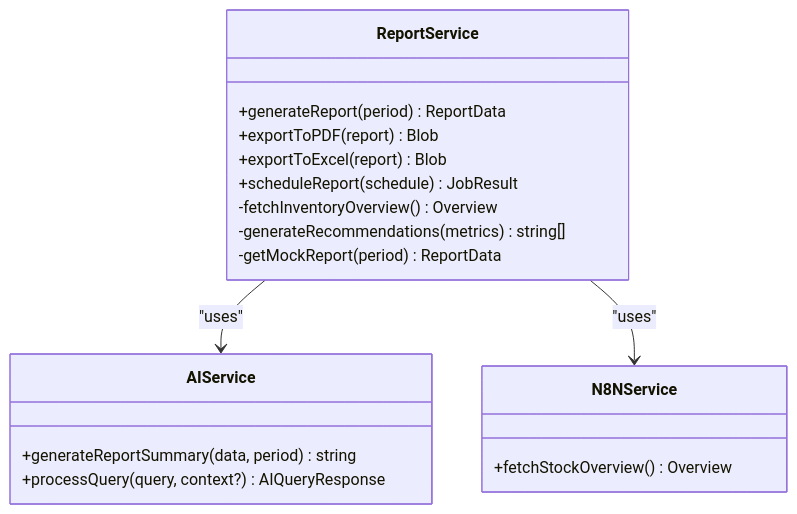
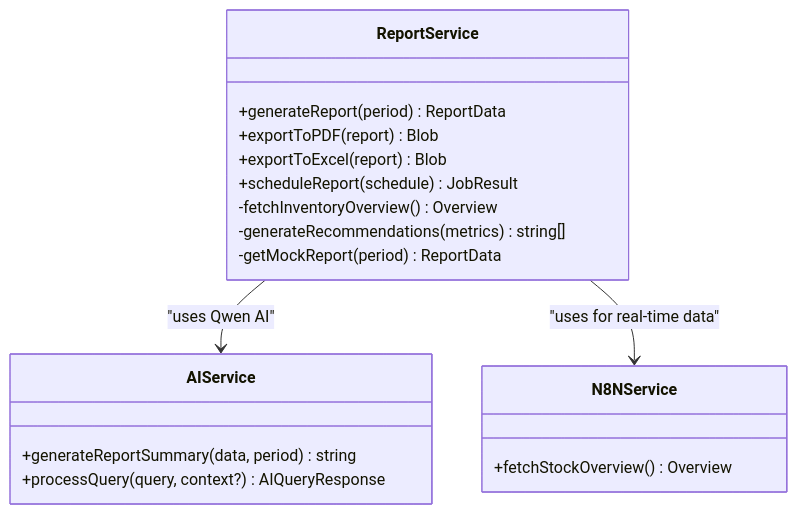
One commit to cacamarica/dashboard-ai changed the fifth of 9 diagrams in .qoder/repowiki/en/content/Core Features/Reports and Analytics.md. Above: the diagram before and after it, drawn with Mermaid. The commit also changed other lines of this file and 14 other files, not shown here.

````diff
--- a/.qoder/repowiki/en/content/Core Features/Reports and Analytics.md
+++ b/.qoder/repowiki/en/content/Core Features/Reports and Analytics.md
@@ -233,21 +258,21 @@
 ```mermaid
 classDiagram
 class ReportService {
 +generateReport(period) ReportData
 +exportToPDF(report) Blob
 +exportToExcel(report) Blob
 +scheduleReport(schedule) JobResult
 -fetchInventoryOverview() Overview
 -generateRecommendations(metrics) string[]
 -getMockReport(period) ReportData
 }
 class AIService {
 +generateReportSummary(data, period) string
 +processQuery(query, context?) AIQueryResponse
 }
 class N8NService {
 +fetchStockOverview() Overview
 }
-ReportService --> AIService : "uses"
-ReportService --> N8NService : "uses"
+ReportService --> AIService : "uses Qwen AI"
+ReportService --> N8NService : "uses for real-time data"
 ```
````
